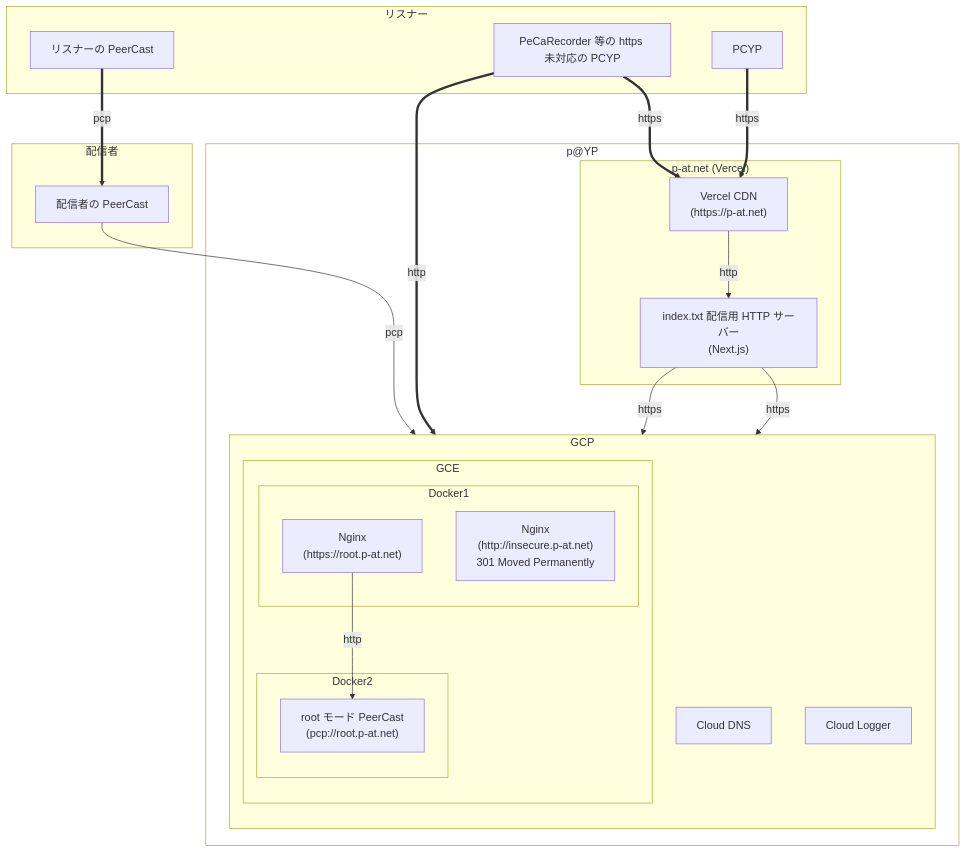
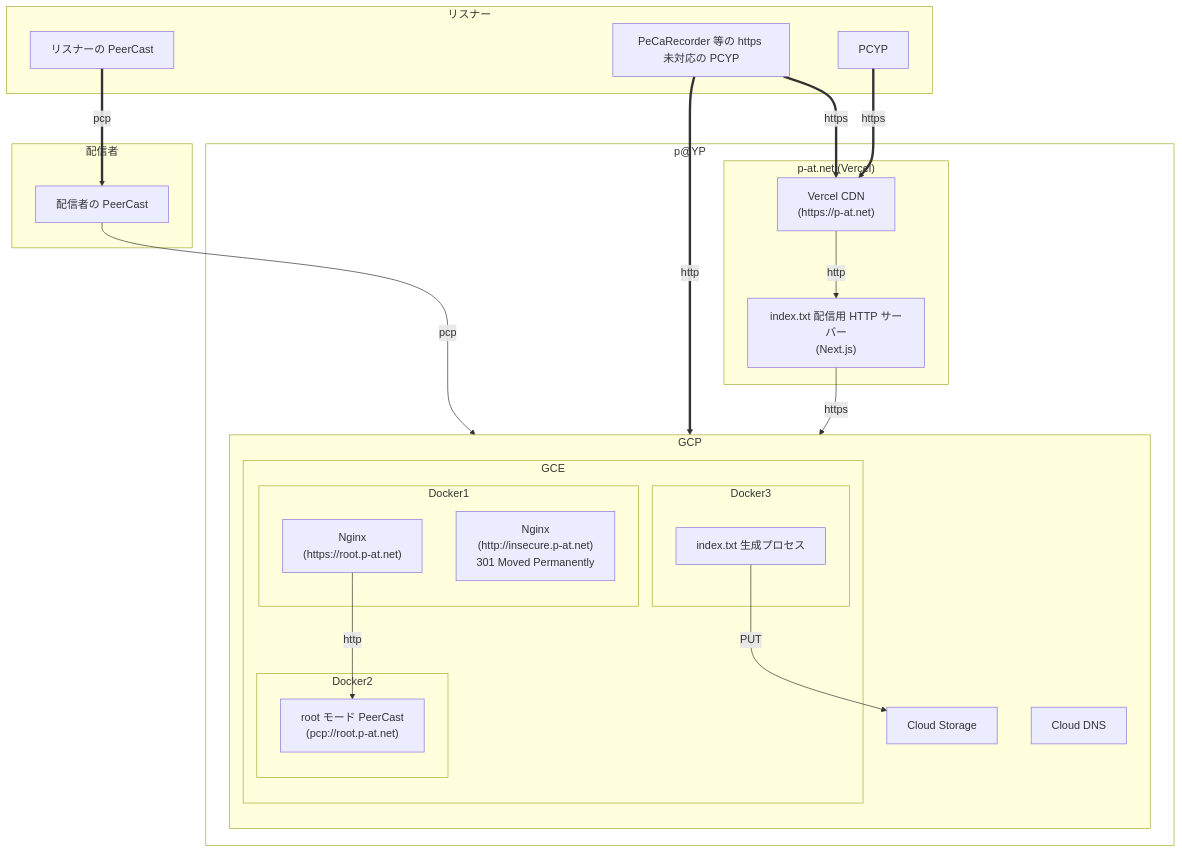
The first of 2 diagrams in README.md (progre/pp), drawn with Mermaid before and after one commit.

Commit message:
doc: update server structure

````diff
--- a/README.md
+++ b/README.md
@@ -3,46 +3,50 @@
 ```mermaid
 flowchart TD
 
 subgraph "リスナー"
   listener
   browser
   pecareco
 end
 
 subgraph "配信者"
   broadcaster
 end
 
 style pat fill:#0000
 subgraph pat["p@YP"]
   subgraph vercel["p-at.net (Vercel)"]
     isr["Vercel CDN<br>(https://p-at.net)"]
     www["index.txt 配信用 HTTP サーバー<br>(Next.js)"]
   end
 
   subgraph GCP
     direction TB
     subgraph GCE
       subgraph docker1["Docker1"]
         nginxinsecure["Nginx<br>(http://insecure.p-at.net)<br>301 Moved Permanently"]
         nginxroot["Nginx<br>(https://root.p-at.net)"]
       end
       subgraph docker2["Docker2"]
         root["root モード PeerCast<br>(pcp://root.p-at.net)"];
       end
+      subgraph docker3["Docker3"]
+        gen["index.txt 生成プロセス"]
+      end
     end
+    cloudstorage["Cloud Storage"]
     dns["Cloud DNS"]
-    logger["Cloud Logger"]
+
+    gen --PUT--> cloudstorage
   end
 end
 
 listener["リスナーの PeerCast"]==pcp==>broadcaster
 broadcaster["配信者の PeerCast"]--pcp-->root
 pecareco["PeCaRecorder 等の https 未対応の PCYP"]==http==>nginxinsecure
 pecareco==https==>isr
 browser["PCYP"]==https==>isr
 isr--http-->www;
-www--https-->logger
-www--https-->nginxroot;
+www--https-->cloudstorage;
 nginxroot--http-->root;
 ```
````
